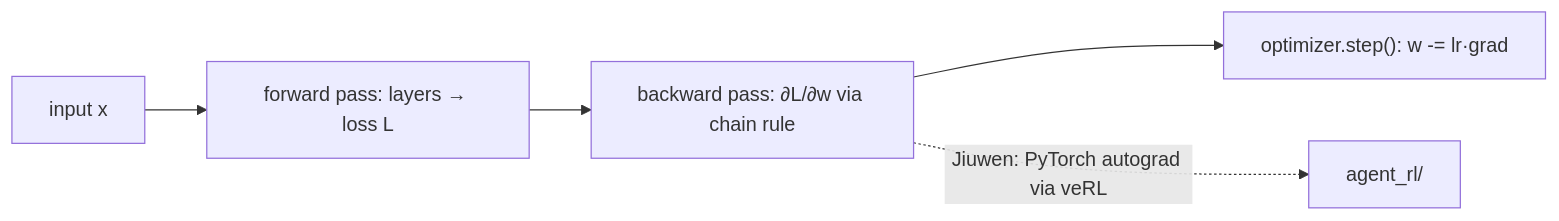
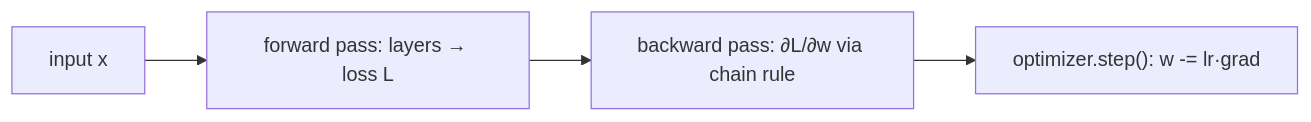
Before and after one commit to michaelatamuk/openjiuwen-knowledge: the ninth of 18 diagrams in content/topics/00-ml-foundations.md, drawn with Mermaid. The commit also changed other lines of this file and 57 other files, not shown here.

````diff
--- a/content/topics/00-ml-foundations.md
+++ b/content/topics/00-ml-foundations.md
@@ -272,7 +182,6 @@
 ```mermaid
 flowchart LR
     X["input x"] --> FWD["forward pass: layers → loss L"]
     FWD --> BWD["backward pass: ∂L/∂w via chain rule"]
     BWD --> UPD["optimizer.step(): w -= lr·grad"]
-    BWD -.->|"Jiuwen: PyTorch autograd via veRL"| RL["agent_rl/"]
 ```
````
